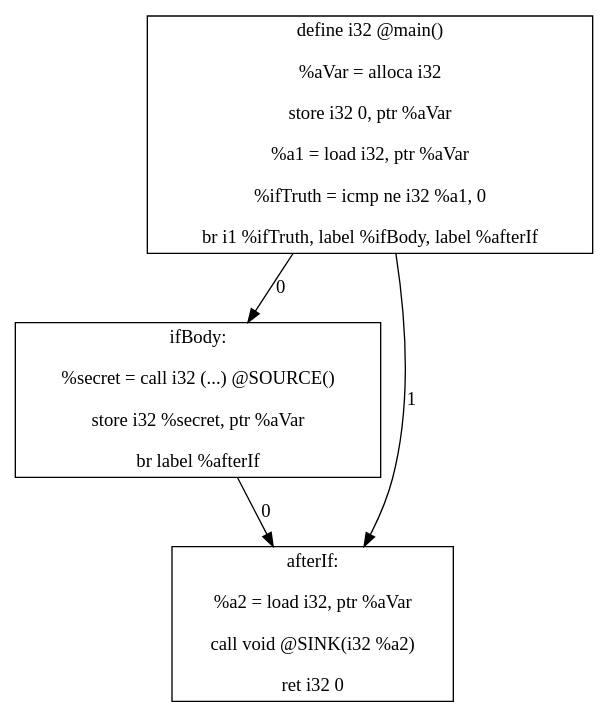
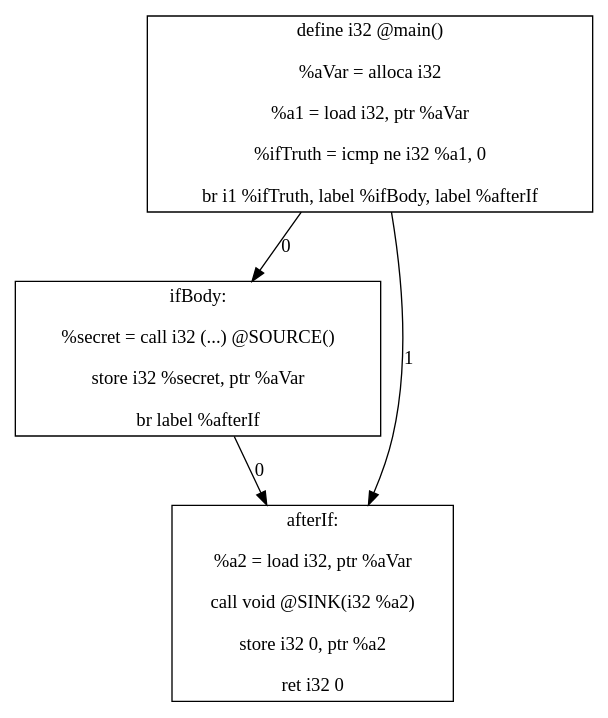
One commit to danielosw/eecs-677-project-2 changed the diagram in main.dot. Above: the diagram before and after it, drawn with Graphviz. The commit also changed 2 other files, not shown here.

```diff
--- a/main.dot
+++ b/main.dot
@@ -1,8 +1,8 @@
 digraph {
-		Node0 [shape=record,label="define i32 @main() \n\n  %aVar = alloca i32\n\n  store i32 0, ptr %aVar\n\n  %a1 = load i32, ptr %aVar\n\n  %ifTruth = icmp ne i32 %a1, 0\n\n  br i1 %ifTruth, label %ifBody, label %afterIf\n"]
+		Node0 [shape=record,label="define i32 @main() \n\n  %aVar = alloca i32\n\n  %a1 = load i32, ptr %aVar\n\n  %ifTruth = icmp ne i32 %a1, 0\n\n  br i1 %ifTruth, label %ifBody, label %afterIf\n"]
 		Node1 [shape=record,label="ifBody:\n\n  %secret = call i32 (...) @SOURCE()\n\n  store i32 %secret, ptr %aVar\n\n  br label %afterIf\n"]
-		Node2 [shape=record,label="afterIf:\n\n  %a2 = load i32, ptr %aVar\n\n  call void @SINK(i32 %a2)\n\n  ret i32 0\n"]
+		Node2 [shape=record,label="afterIf:\n\n  %a2 = load i32, ptr %aVar\n\n  call void @SINK(i32 %a2)\n\n  store i32 0, ptr %a2\n\n  ret i32 0\n"]
 		Node0 -> Node1 [label=0];
 		Node0 -> Node2 [label=1];
 		Node1 -> Node2 [label=0];
 }
```
